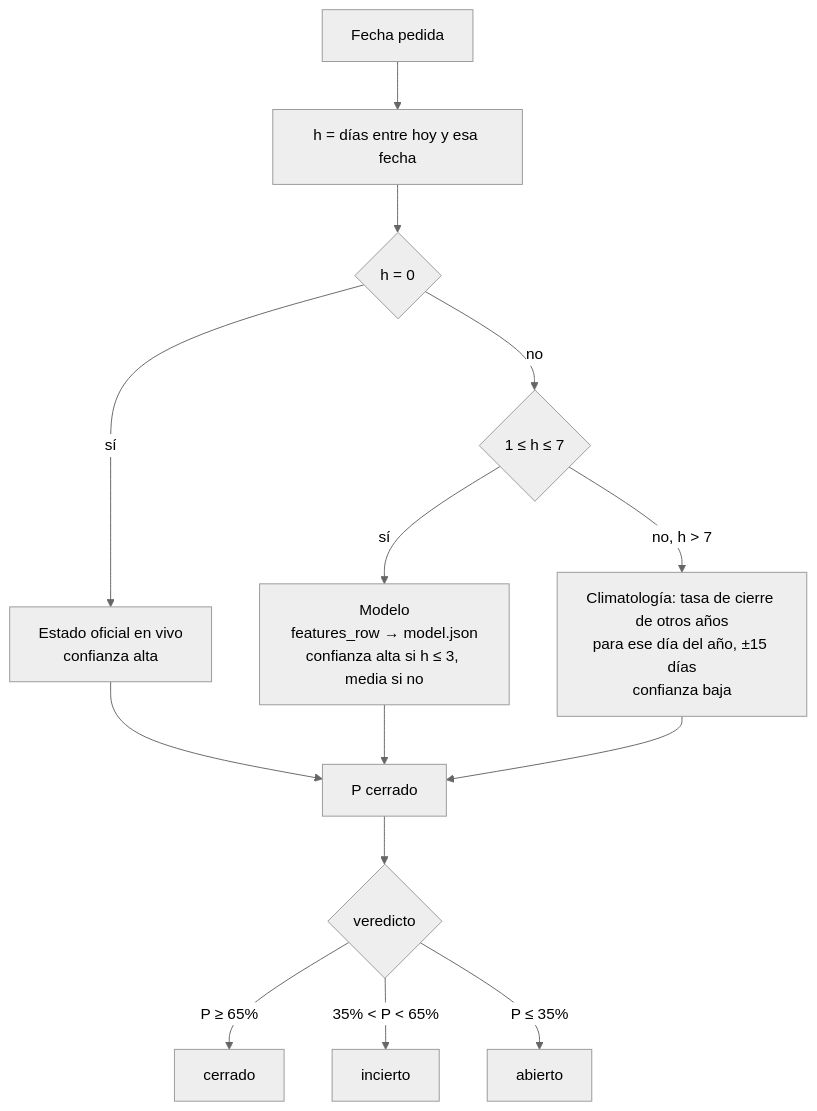
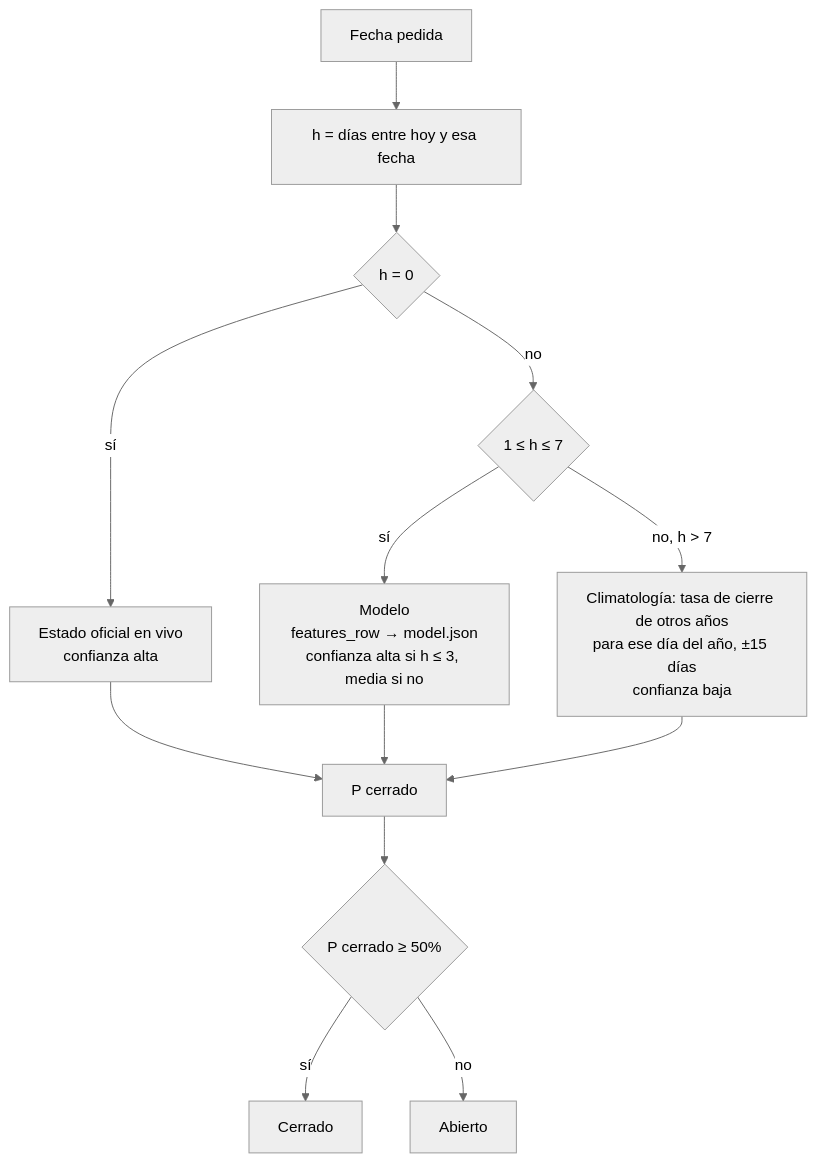
One commit to theit0/paso-cristo-redentor changed the fourth of 4 diagrams in README.md. Above: the diagram before and after it, drawn with Mermaid (neutral theme). The commit also changed other lines of this file and 26 other files, not shown here.

First line of the commit message:
App simplificada con shadcn/ui: una fecha → Abierto o Cerrado con su porcentaje

````diff
--- a/README.md
+++ b/README.md
@@ -144,16 +142,15 @@
 ```mermaid
 flowchart TD
     START["Fecha pedida"] --> H["h = días entre hoy y esa fecha"]
     H --> Q0{"h = 0"}
     Q0 -->|sí| OFF["Estado oficial en vivo<br/>confianza alta"]
     Q0 -->|no| Q7{"1 ≤ h ≤ 7"}
     Q7 -->|sí| MOD["Modelo<br/>features_row → model.json<br/>confianza alta si h ≤ 3, media si no"]
     Q7 -->|"no, h > 7"| CLIM["Climatología: tasa de cierre de otros años<br/>para ese día del año, ±15 días<br/>confianza baja"]
     OFF --> P["P cerrado"]
     MOD --> P
     CLIM --> P
-    P --> V{"veredicto"}
-    V -->|"P ≥ 65%"| C["cerrado"]
-    V -->|"35% < P < 65%"| I["incierto"]
-    V -->|"P ≤ 35%"| A["abierto"]
+    P --> V{"P cerrado ≥ 50%"}
+    V -->|sí| C["Cerrado"]
+    V -->|no| A["Abierto"]
 ```
````
